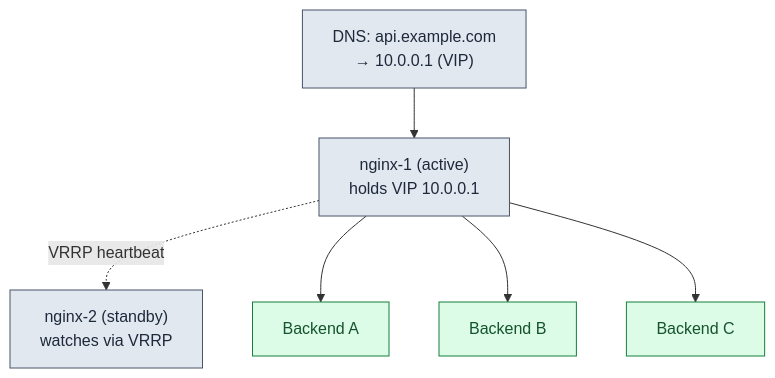
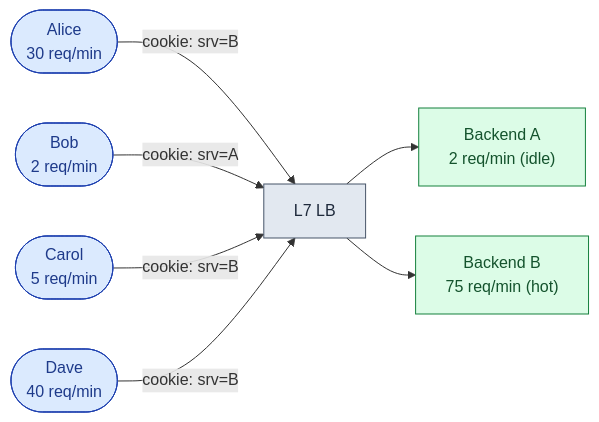
The sixth of 10 diagrams in problems/016-load-balancer/question.md (shiningflash/system-design), drawn with Mermaid before and after one commit. The commit also changed other lines of this file and 37 other files, not shown here.

````diff
--- a/problems/016-load-balancer/question.md
+++ b/problems/016-load-balancer/question.md
@@ -235,18 +242,14 @@
 ```mermaid
-flowchart TB
-    DNS["DNS: api.example.com<br/>→ 10.0.0.1 (VIP)"]:::edge
-    LB1["nginx-1 (active)<br/>holds VIP 10.0.0.1"]:::edge
-    LB2["nginx-2 (standby)<br/>watches via VRRP"]:::edge
-    B1["Backend A"]:::app
-    B2["Backend B"]:::app
-    B3["Backend C"]:::app
+flowchart LR
+    Alice(["Alice\n30 req/min"]):::user -->|"cookie: srv=B"| LB["L7 LB"]:::edge
+    Bob(["Bob\n2 req/min"]):::user -->|"cookie: srv=A"| LB
+    Carol(["Carol\n5 req/min"]):::user -->|"cookie: srv=B"| LB
+    Dave(["Dave\n40 req/min"]):::user -->|"cookie: srv=B"| LB
 
-    DNS --> LB1
-    LB1 -.VRRP heartbeat.-> LB2
-    LB1 --> B1
-    LB1 --> B2
-    LB1 --> B3
+    LB --> A["Backend A\n2 req/min (idle)"]:::app
+    LB --> B["Backend B\n75 req/min (hot)"]:::app
 
+    classDef user fill:#dbeafe,stroke:#1e40af,color:#1e3a8a
     classDef edge fill:#e2e8f0,stroke:#475569,color:#1e293b
     classDef app fill:#dcfce7,stroke:#15803d,color:#14532d
 ```
````
